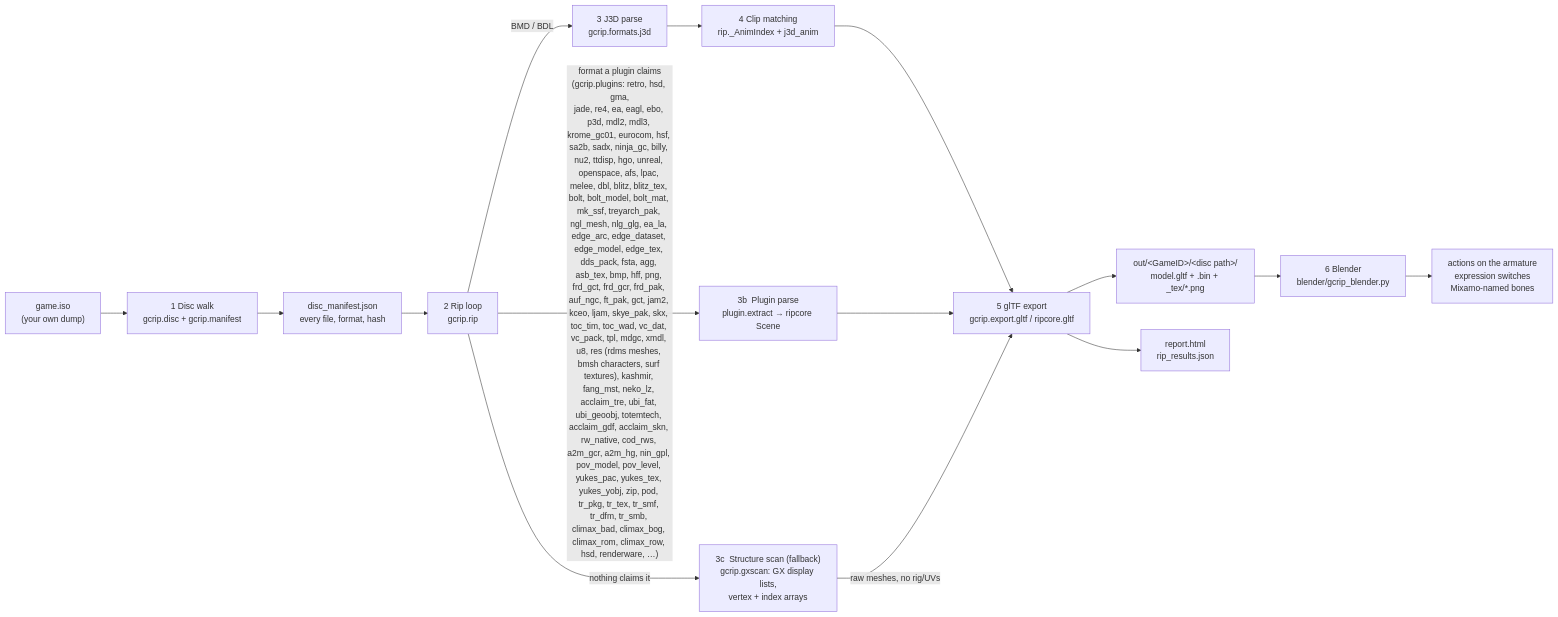
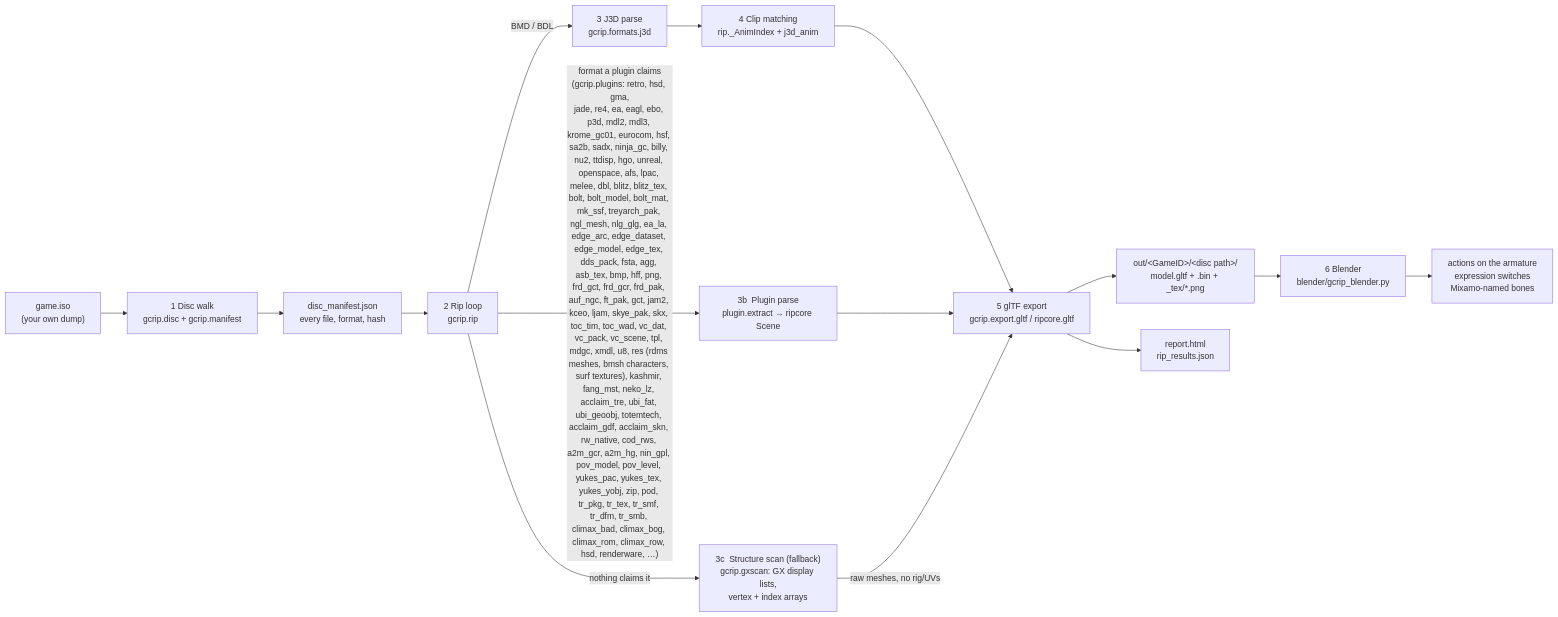
One commit to Felbs/3d-ripper-9000 changed the first of 10 diagrams in docs/PIPELINE.md. Above: the diagram before and after it, drawn with Mermaid. The commit also changed 7 other files, not shown here.

````diff
--- a/docs/PIPELINE.md
+++ b/docs/PIPELINE.md
@@ -11,17 +11,17 @@
 ```mermaid
 flowchart LR
     ISO["game.iso<br/>(your own dump)"] --> WALK["1  Disc walk<br/>gcrip.disc + gcrip.manifest"]
     WALK --> MAN["disc_manifest.json<br/>every file, format, hash"]
     MAN --> RIP["2  Rip loop<br/>gcrip.rip"]
     RIP -->|"BMD / BDL"| J3D["3  J3D parse<br/>gcrip.formats.j3d"]
-    RIP -->|"format a plugin claims<br/>(gcrip.plugins: retro, hsd, gma,<br/>jade, re4, ea, eagl, ebo, p3d, mdl2, mdl3, krome_gc01, eurocom, hsf, sa2b, sadx, ninja_gc, billy, nu2, ttdisp, hgo, unreal, openspace, afs, lpac, melee, dbl, blitz, blitz_tex, bolt, bolt_model, bolt_mat, mk_ssf, treyarch_pak, ngl_mesh, nlg_glg, ea_la, edge_arc, edge_dataset, edge_model, edge_tex, dds_pack, fsta, agg, asb_tex, bmp, hff, png, frd_gct, frd_gcr, frd_pak, auf_ngc, ft_pak, gct, jam2, kceo, ljam, skye_pak, skx, toc_tim, toc_wad, vc_dat, vc_pack, tpl, mdgc, xmdl, u8, res (rdms meshes, bmsh characters, surf textures), kashmir, fang_mst, neko_lz, acclaim_tre, ubi_fat, ubi_geoobj, totemtech, acclaim_gdf, acclaim_skn, rw_native, cod_rws, a2m_gcr, a2m_hg, nin_gpl, pov_model, pov_level, yukes_pac, yukes_tex, yukes_yobj, zip, pod, tr_pkg, tr_tex, tr_smf, tr_dfm, tr_smb, climax_bad, climax_bog, climax_rom, climax_row, hsd, renderware, …)"| PLUG["3b  Plugin parse<br/>plugin.extract → ripcore Scene"]
+    RIP -->|"format a plugin claims<br/>(gcrip.plugins: retro, hsd, gma,<br/>jade, re4, ea, eagl, ebo, p3d, mdl2, mdl3, krome_gc01, eurocom, hsf, sa2b, sadx, ninja_gc, billy, nu2, ttdisp, hgo, unreal, openspace, afs, lpac, melee, dbl, blitz, blitz_tex, bolt, bolt_model, bolt_mat, mk_ssf, treyarch_pak, ngl_mesh, nlg_glg, ea_la, edge_arc, edge_dataset, edge_model, edge_tex, dds_pack, fsta, agg, asb_tex, bmp, hff, png, frd_gct, frd_gcr, frd_pak, auf_ngc, ft_pak, gct, jam2, kceo, ljam, skye_pak, skx, toc_tim, toc_wad, vc_dat, vc_pack, vc_scene, tpl, mdgc, xmdl, u8, res (rdms meshes, bmsh characters, surf textures), kashmir, fang_mst, neko_lz, acclaim_tre, ubi_fat, ubi_geoobj, totemtech, acclaim_gdf, acclaim_skn, rw_native, cod_rws, a2m_gcr, a2m_hg, nin_gpl, pov_model, pov_level, yukes_pac, yukes_tex, yukes_yobj, zip, pod, tr_pkg, tr_tex, tr_smf, tr_dfm, tr_smb, climax_bad, climax_bog, climax_rom, climax_row, hsd, renderware, …)"| PLUG["3b  Plugin parse<br/>plugin.extract → ripcore Scene"]
     RIP -->|"nothing claims it"| GX["3c  Structure scan (fallback)<br/>gcrip.gxscan: GX display lists,<br/>vertex + index arrays"]
     J3D --> ANIM["4  Clip matching<br/>rip._AnimIndex + j3d_anim"]
     ANIM --> GLTF["5  glTF export<br/>gcrip.export.gltf / ripcore.gltf"]
     PLUG --> GLTF
     GX -->|"raw meshes, no rig/UVs"| GLTF
     GLTF --> OUT["out/&lt;GameID&gt;/&lt;disc path&gt;/<br/>model.gltf + .bin + _tex/*.png"]
     GLTF --> REP["report.html<br/>rip_results.json"]
     OUT --> BL["6  Blender<br/>blender/gcrip_blender.py"]
     BL --> PLAY["actions on the armature<br/>expression switches<br/>Mixamo-named bones"]
 ```
````
